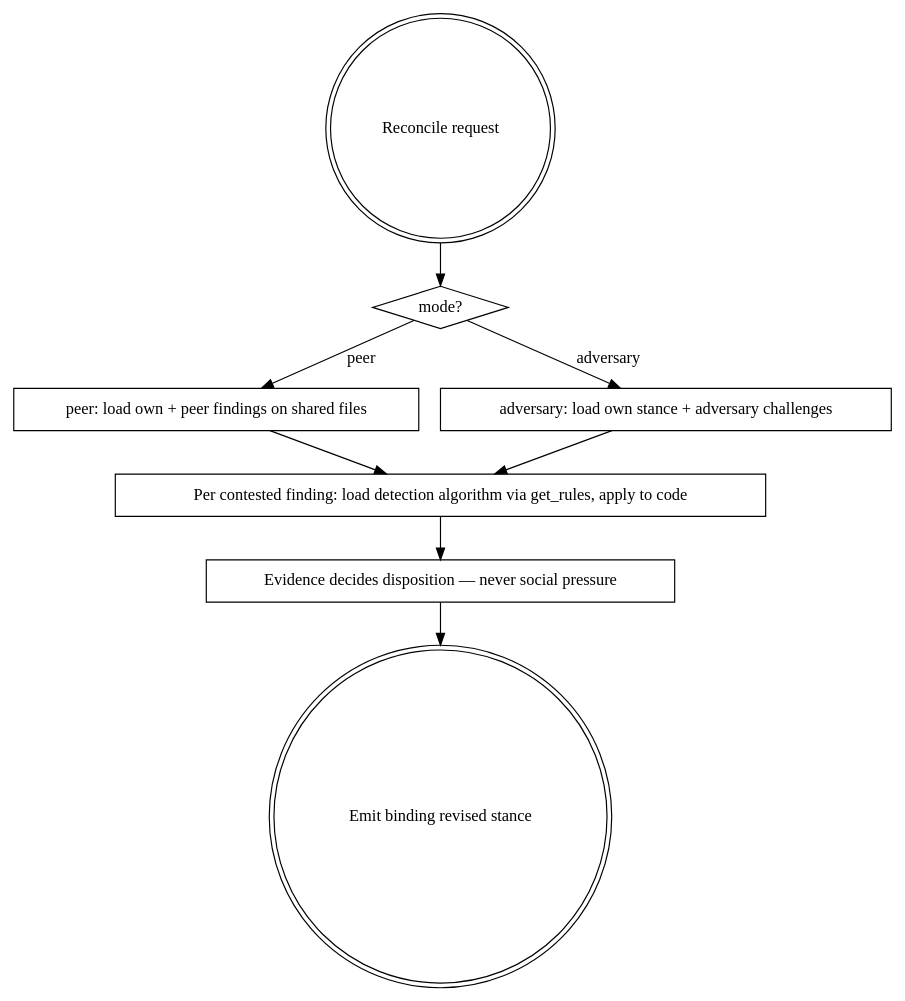
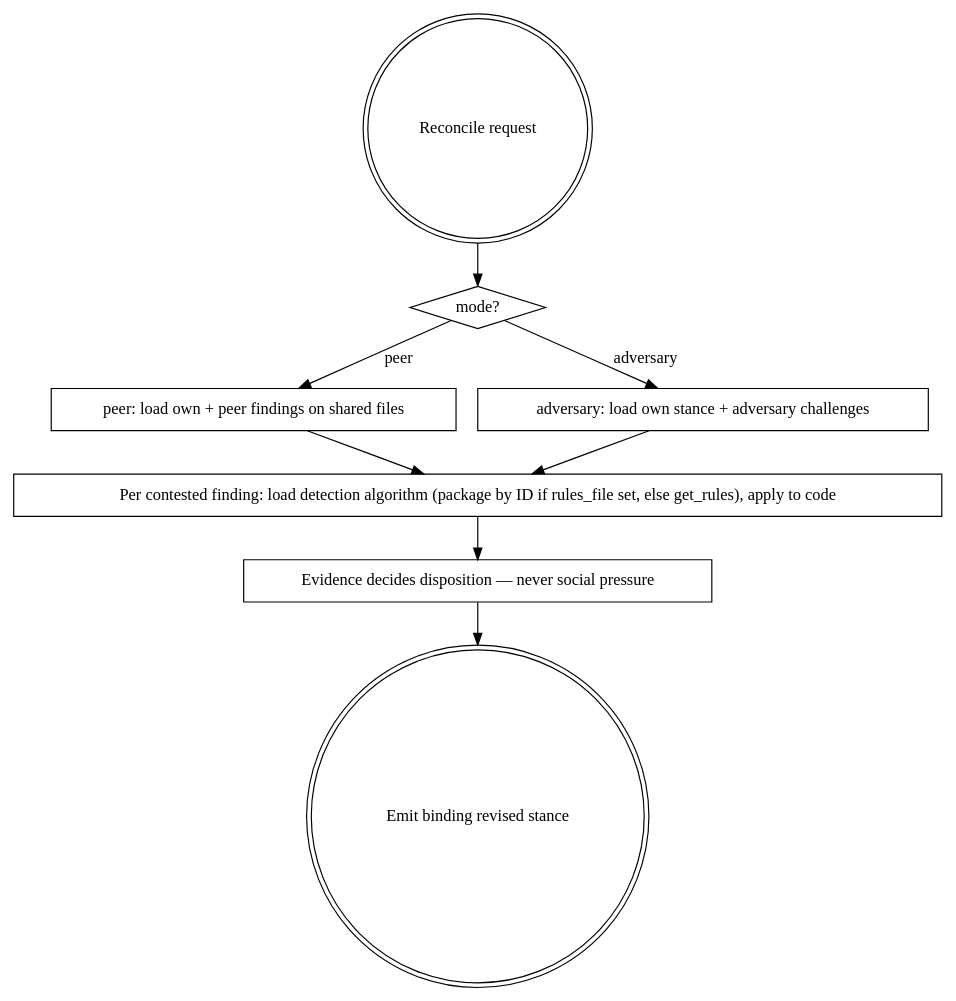
Before and after one commit to shopwareLabs/ai-coding-tools: the diagram in plugins/test-writing/skills/phpunit-unit-test-reconciling/SKILL.md, drawn with Graphviz. The commit also changed other lines of this file and 23 other files, not shown here.

````diff
--- a/plugins/test-writing/skills/phpunit-unit-test-reconciling/SKILL.md
+++ b/plugins/test-writing/skills/phpunit-unit-test-reconciling/SKILL.md
@@ -13,19 +13,19 @@
 ```dot
 digraph reconcile {
   "Reconcile request" [shape=doublecircle];
   "mode?" [shape=diamond];
   "peer: load own + peer findings on shared files" [shape=box];
   "adversary: load own stance + adversary challenges" [shape=box];
-  "Per contested finding: load detection algorithm via get_rules, apply to code" [shape=box];
+  "Per contested finding: load detection algorithm (package by ID if rules_file set, else get_rules), apply to code" [shape=box];
   "Evidence decides disposition — never social pressure" [shape=box];
   "Emit binding revised stance" [shape=doublecircle];
 
   "Reconcile request" -> "mode?";
   "mode?" -> "peer: load own + peer findings on shared files" [label="peer"];
   "mode?" -> "adversary: load own stance + adversary challenges" [label="adversary"];
-  "peer: load own + peer findings on shared files" -> "Per contested finding: load detection algorithm via get_rules, apply to code";
-  "adversary: load own stance + adversary challenges" -> "Per contested finding: load detection algorithm via get_rules, apply to code";
-  "Per contested finding: load detection algorithm via get_rules, apply to code" -> "Evidence decides disposition — never social pressure";
+  "peer: load own + peer findings on shared files" -> "Per contested finding: load detection algorithm (package by ID if rules_file set, else get_rules), apply to code";
+  "adversary: load own stance + adversary challenges" -> "Per contested finding: load detection algorithm (package by ID if rules_file set, else get_rules), apply to code";
+  "Per contested finding: load detection algorithm (package by ID if rules_file set, else get_rules), apply to code" -> "Evidence decides disposition — never social pressure";
   "Evidence decides disposition — never social pressure" -> "Emit binding revised stance";
 }
 ```
````
